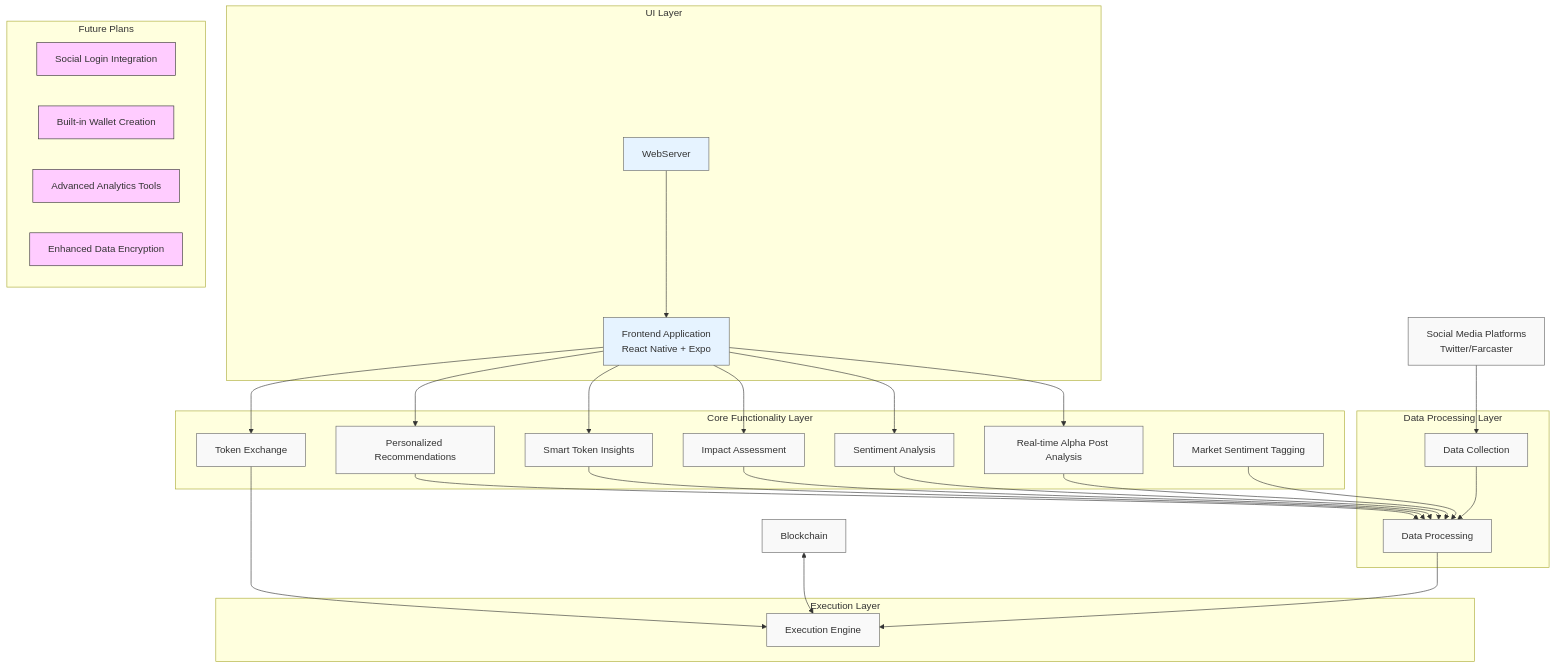
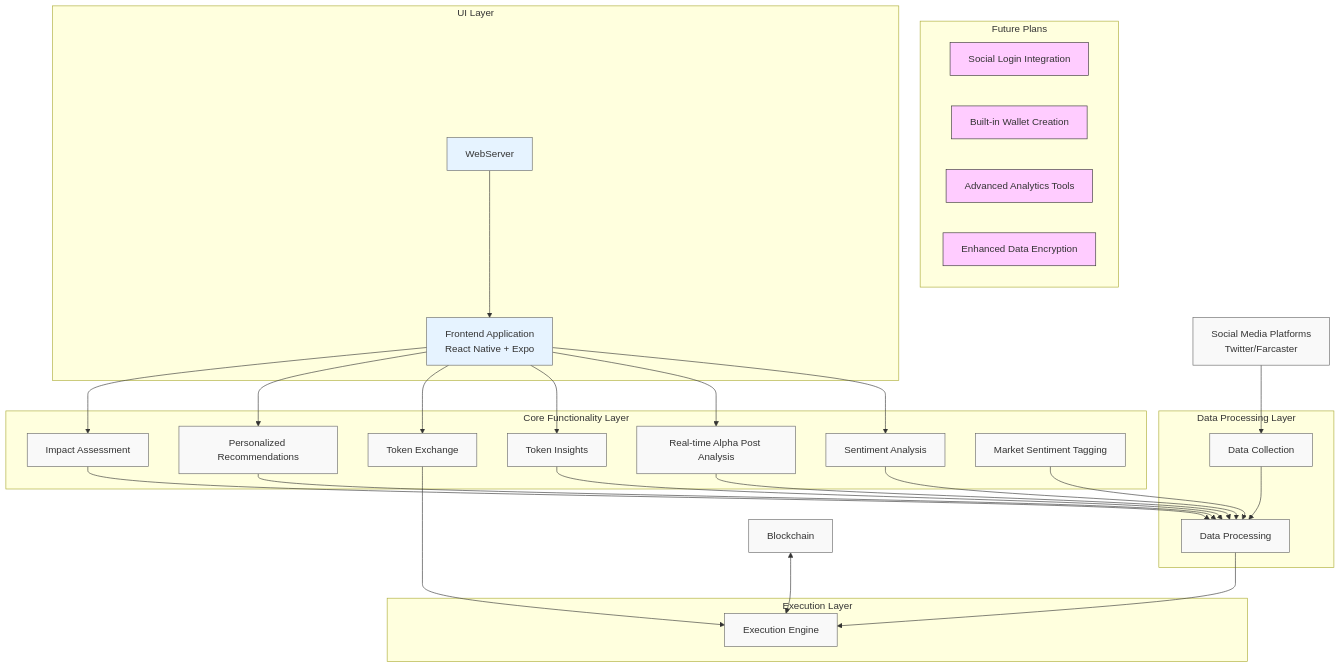
One commit to TecSong/AptosOracle changed the diagram in README.md. Above: the diagram before and after it, drawn with Mermaid. The commit also changed other lines of this file, not shown here.

Commit message:
docs: update README to improve clarity on personalized recommendations and token swap experience, and refine technical architecture diagram

````diff
--- a/README.md
+++ b/README.md
@@ -122,61 +116,62 @@
 ```mermaid
 flowchart TB
+    subgraph "Future Plans"
+        SocialLogin[Social Login Integration]
+        WalletCreation[Built-in Wallet Creation]
+        AdvancedAnalytics[Advanced Analytics Tools]
+        EnhancedEncryption[Enhanced Data Encryption]
+    end
     subgraph "UI Layer" 
         UI[Frontend Application\nReact Native + Expo]
         WebServer
     end
     subgraph "Core Functionality Layer"
         AlphaAnalysis[Real-time Alpha Post Analysis]
         SentimentAnalysis[Sentiment Analysis]
         ImpactAssessment[Impact Assessment]
-        TokenInsights[Smart Token Insights]
+        TokenInsights[Token Insights]
         PersonalRec[Personalized Recommendations]
         TokenExchange[Token Exchange]
         MarketSentiment[Market Sentiment Tagging]
     end
     subgraph "Data Processing Layer"
         DataCollection[Data Collection]
         DataProcessing[Data Processing]
     end
     subgraph "Execution Layer"
         ExecutionEngine[Execution Engine]
     end
-    subgraph "Future Plans"
-        SocialLogin[Social Login Integration]
-        WalletCreation[Built-in Wallet Creation]
-        AdvancedAnalytics[Advanced Analytics Tools]
-        EnhancedEncryption[Enhanced Data Encryption]
-    end
+    
     %% UI Layer to Core Functionality Layer connections
+    UI --> SentimentAnalysis
     UI --> AlphaAnalysis
-    UI --> SentimentAnalysis
+    UI --> TokenInsights
+    UI --> TokenExchange
+    UI --> PersonalRec
     UI --> ImpactAssessment
-    UI --> TokenInsights
-    UI --> PersonalRec
-    UI --> TokenExchange
     WebServer --> UI
     %% Core Functionality Layer to Data Processing Layer connections
     AlphaAnalysis --> DataProcessing
     SentimentAnalysis --> DataProcessing
     ImpactAssessment --> DataProcessing
     TokenInsights --> DataProcessing
     PersonalRec --> DataProcessing
     MarketSentiment --> DataProcessing
     %% Data Processing Layer connections
     DataCollection --> DataProcessing
     %% Data sources
     TwitterFarcaster[Social Media Platforms\nTwitter/Farcaster] --> DataCollection
     %% Execution Layer connections
     DataProcessing --> ExecutionEngine
     TokenExchange --> ExecutionEngine
     %% Execution Layer to Blockchain connection
     Blockchain[Blockchain] <--> ExecutionEngine
     %% Styles
     classDef future fill:#fcf,stroke:#333,stroke-width:1px
     class SocialLogin,WalletCreation,AdvancedAnalytics,EnhancedEncryption future
     
     %% Background color adjustments
     classDef default fill:#f9f9f9,stroke:#666,stroke-width:1px
     classDef ui fill:#e6f3ff,stroke:#666,stroke-width:1px
     class UI,WebServer ui
 ```
````
